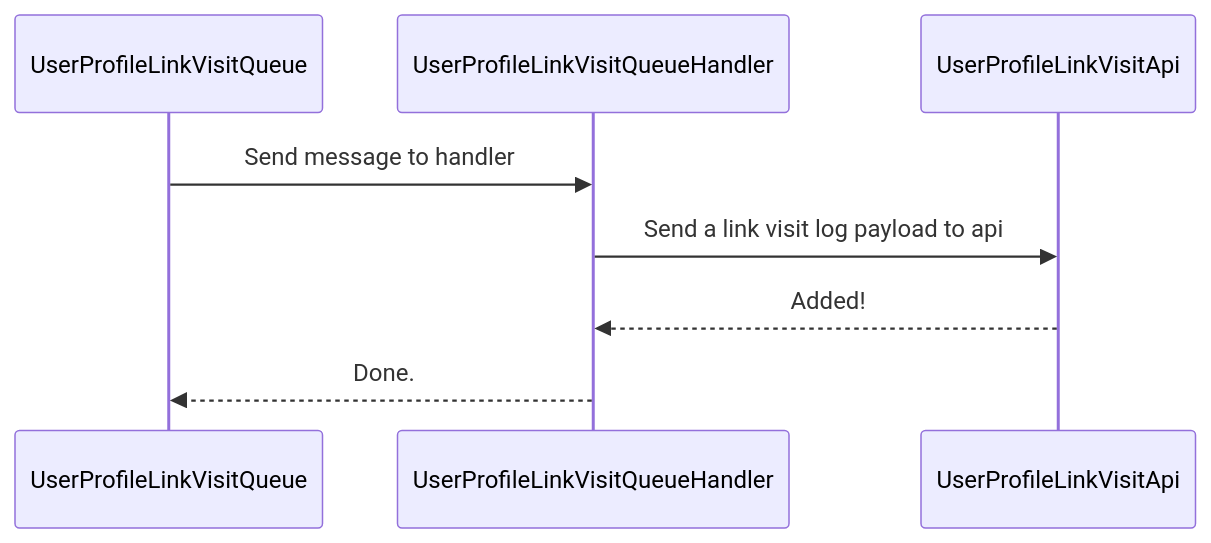
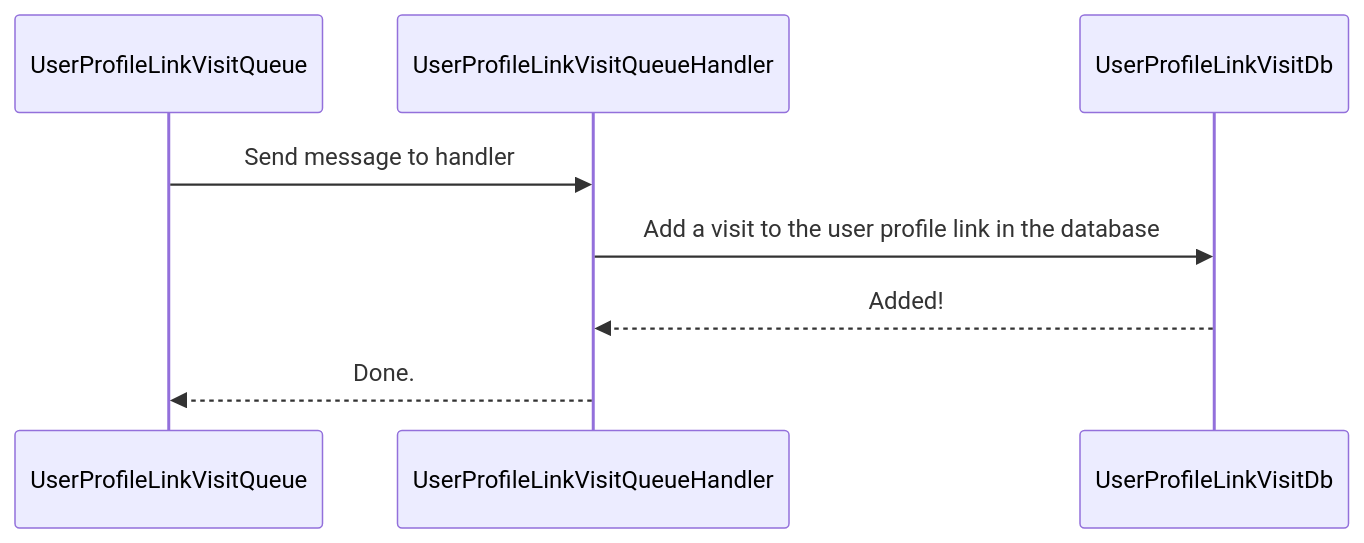
Before and after one commit to willholmeswastaken/mylinks: the fourth of 4 diagrams in docs/Design-Decisions.md, drawn with Mermaid. The commit also changed other lines of this file, not shown here.

````diff
--- a/docs/Design-Decisions.md
+++ b/docs/Design-Decisions.md
@@ -82,10 +62,10 @@
 ```mermaid
 sequenceDiagram
     participant UserProfileLinkVisitQueue
     participant UserProfileLinkVisitQueueHandler
-    participant UserProfileLinkVisitApi
+    participant UserProfileLinkVisitDb
     UserProfileLinkVisitQueue->>UserProfileLinkVisitQueueHandler: Send message to handler
-    UserProfileLinkVisitQueueHandler->>UserProfileLinkVisitApi: Send a link visit log payload to api
-    UserProfileLinkVisitApi-->>UserProfileLinkVisitQueueHandler: Added!
+    UserProfileLinkVisitQueueHandler->>UserProfileLinkVisitDb: Add a visit to the user profile link in the database
+    UserProfileLinkVisitDb-->>UserProfileLinkVisitQueueHandler: Added!
     UserProfileLinkVisitQueueHandler-->>UserProfileLinkVisitQueue: Done.
 ```
````
